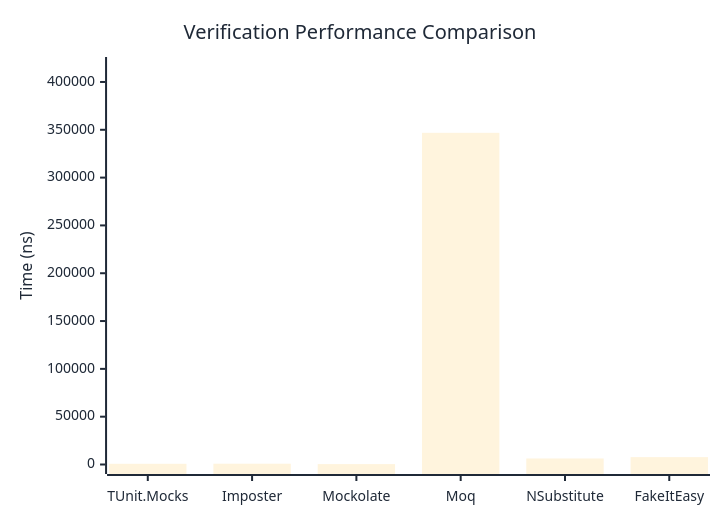
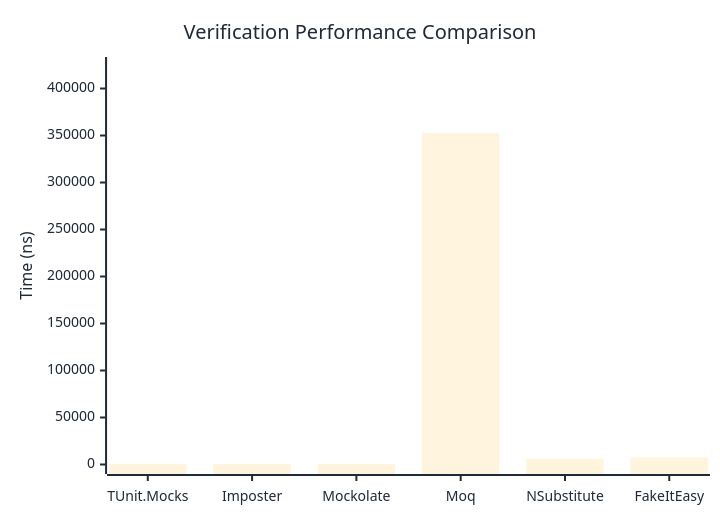
The first of 3 diagrams in docs/docs/benchmarks/mocks/Verification.md (thomhurst/TUnit), drawn with Mermaid before and after one commit. The commit also changed other lines of this file and 14 other files, not shown here.

````diff
--- a/docs/docs/benchmarks/mocks/Verification.md
+++ b/docs/docs/benchmarks/mocks/Verification.md
@@ -30,27 +30,27 @@
 ```mermaid
 %%{init: {
   'theme':'base',
   'themeVariables': {
     'primaryColor': '#2563eb',
     'primaryTextColor': '#1f2937',
     'primaryBorderColor': '#1e40af',
     'lineColor': '#6b7280',
     'secondaryColor': '#7c3aed',
     'tertiaryColor': '#dc2626',
     'background': '#ffffff',
     'pie1': '#2563eb',
     'pie2': '#7c3aed',
     'pie3': '#dc2626',
     'pie4': '#f59e0b',
     'pie5': '#10b981',
     'pie6': '#06b6d4',
     'pie7': '#ec4899',
     'pie8': '#6366f1'
   }
 }}%%
 xychart-beta
   title "Verification Performance Comparison"
   x-axis ["TUnit.Mocks", "Imposter", "Mockolate", "Moq", "NSubstitute", "FakeItEasy"]
-  y-axis "Time (ns)" 0 --> 416174
-  bar [732.4, 844.58, 429.26, 346811.53, 6310.12, 7701.86]
+  y-axis "Time (ns)" 0 --> 423415
+  bar [755.63, 692.4, 665.27, 352845.11, 6140.21, 7530.96]
 ```
````
